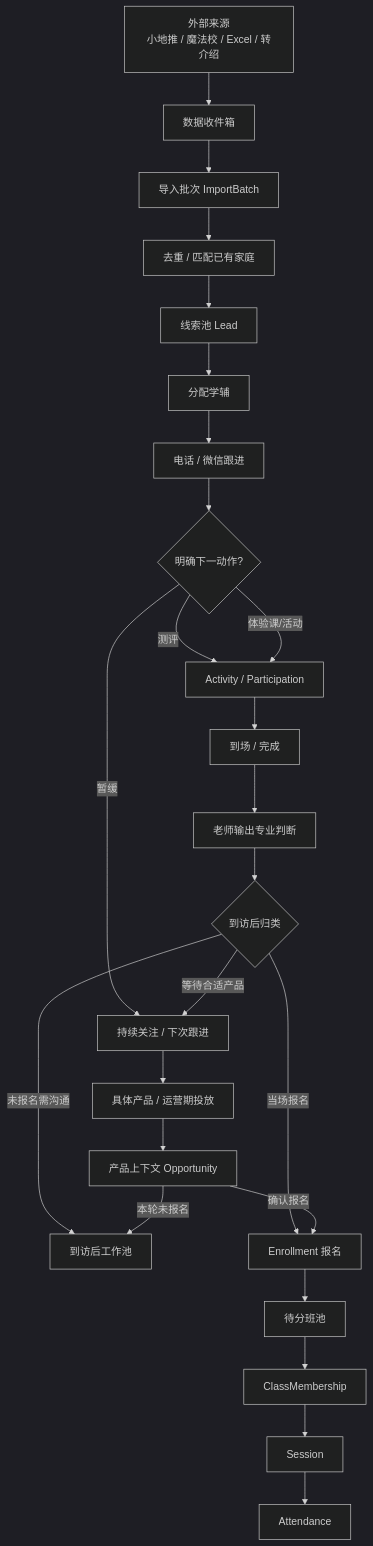
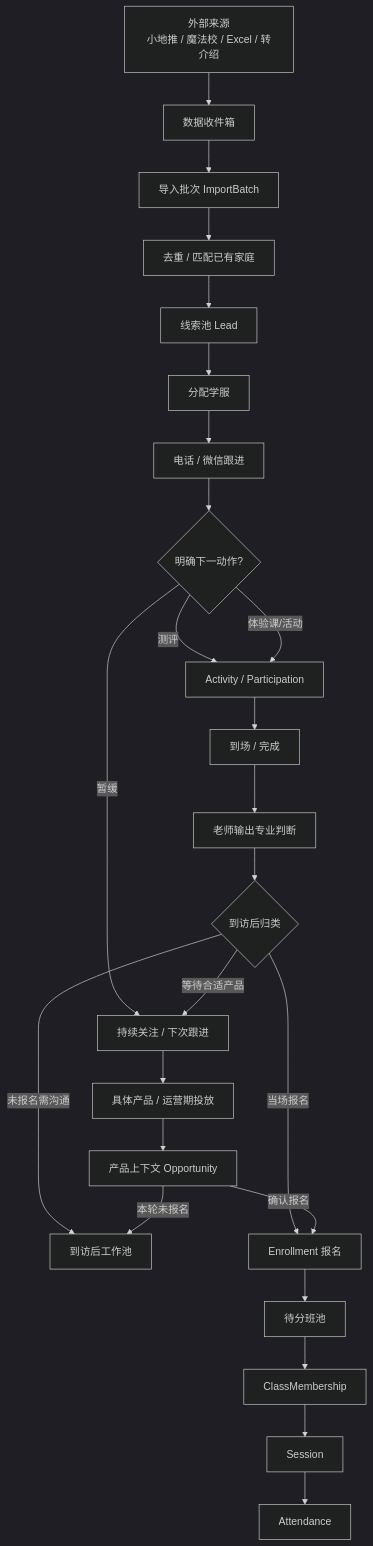
Before and after one commit to swingislee/mathin: the diagram in docs/plan/30-mathin_school_ops_architecture_plan.md, drawn with Mermaid (dark theme). The commit also changed other lines of this file and 66 other files, not shown here.

````diff
--- a/docs/plan/30-mathin_school_ops_architecture_plan.md
+++ b/docs/plan/30-mathin_school_ops_architecture_plan.md
@@ -478,27 +480,27 @@
 ```mermaid
 flowchart TD
     A[外部来源\n小地推 / 魔法校 / Excel / 转介绍] --> B[数据收件箱]
     B --> C[导入批次 ImportBatch]
     C --> D[去重 / 匹配已有家庭]
     D --> E[线索池 Lead]
-    E --> F[分配学辅]
+    E --> F[分配学服]
     F --> G[电话 / 微信跟进]
     G --> H{明确下一动作?}
     H -->|测评| I[Activity / Participation]
     H -->|体验课/活动| I
     H -->|暂缓| J[持续关注 / 下次跟进]
     I --> K[到场 / 完成]
     K --> L[老师输出专业判断]
     L --> M{到访后归类}
     M -->|未报名需沟通| O[到访后工作池]
     M -->|等待合适产品| J
     M -->|当场报名| P[Enrollment 报名]
     J --> U[具体产品 / 运营期投放]
     U --> V[产品上下文 Opportunity]
     V -->|确认报名| P
     V -->|本轮未报名| O
     P --> Q[待分班池]
     Q --> R[ClassMembership]
     R --> S[Session]
     S --> T[Attendance]
 ```
````
